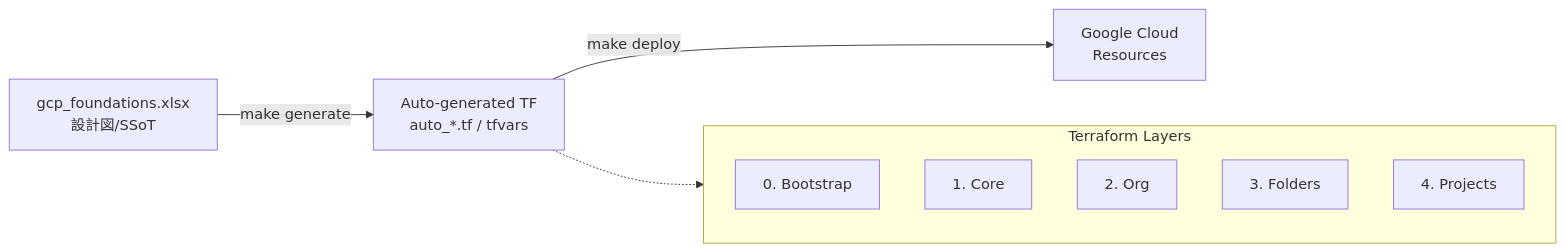
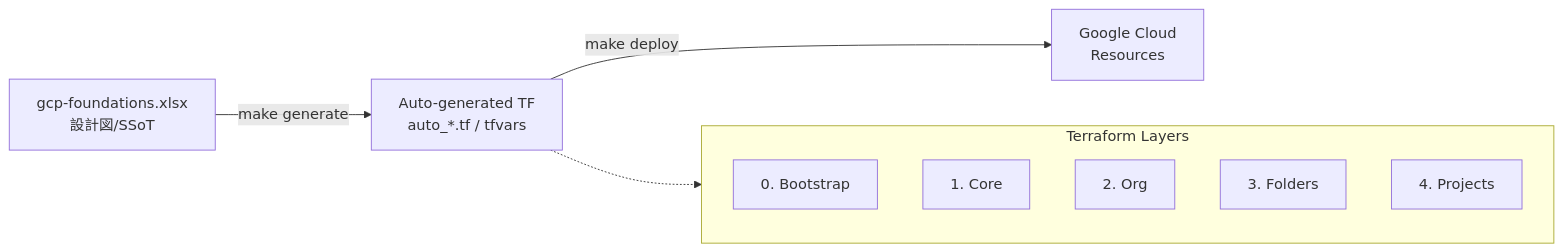
The first of 2 diagrams in docs/design/architecture.md (ea-Mitsuoka/gcp-foundations), drawn with Mermaid before and after one commit. The commit also changed other lines of this file and 19 other files, not shown here.

````diff
--- a/docs/design/architecture.md
+++ b/docs/design/architecture.md
@@ -22,15 +22,15 @@
 ```mermaid
 flowchart LR
-    XLSX[gcp_foundations.xlsx<br/>設計図/SSoT] -->|make generate| TF[Auto-generated TF<br/>auto_*.tf / tfvars]
+    XLSX[gcp-foundations.xlsx<br/>設計図/SSoT] -->|make generate| TF[Auto-generated TF<br/>auto_*.tf / tfvars]
     TF -->|make deploy| GCP[Google Cloud<br/>Resources]
     
     subgraph Layers [Terraform Layers]
         L0[0. Bootstrap]
         L1[1. Core]
         L2[2. Org]
         L3[3. Folders]
         L4[4. Projects]
     end
     
     TF -.-> Layers
 ```
````
